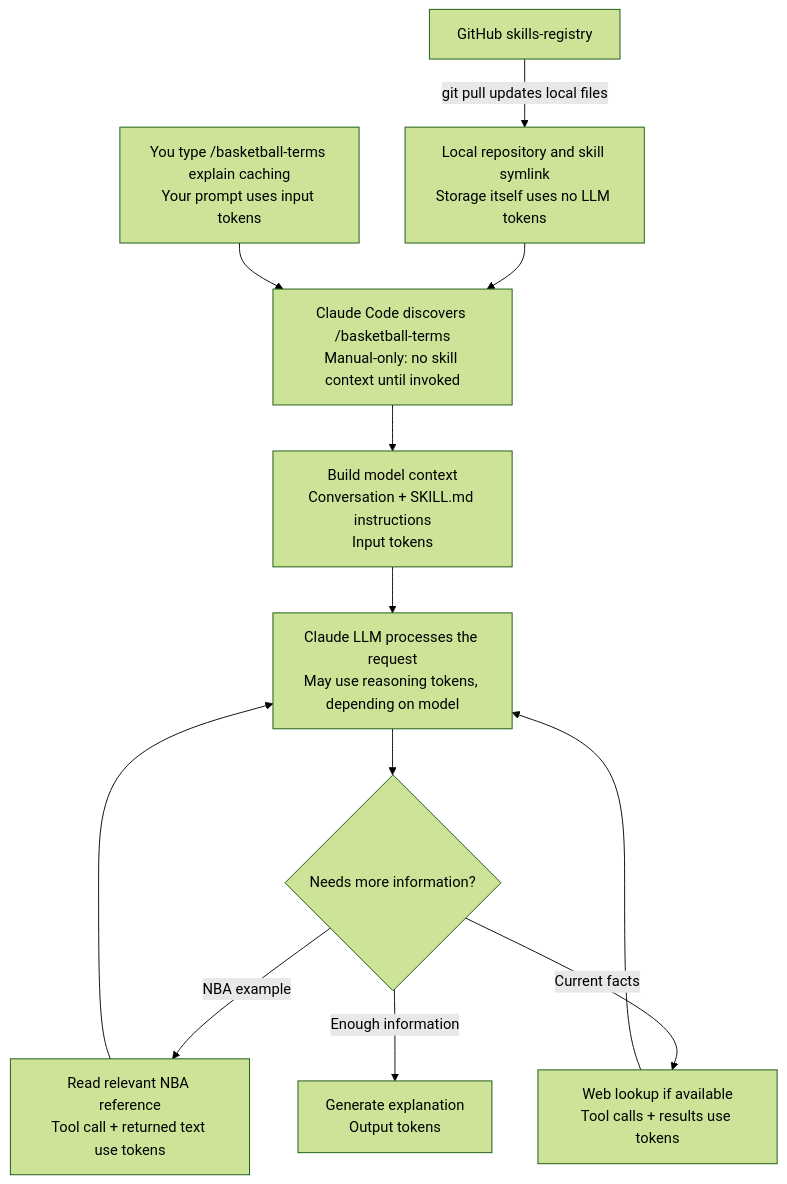
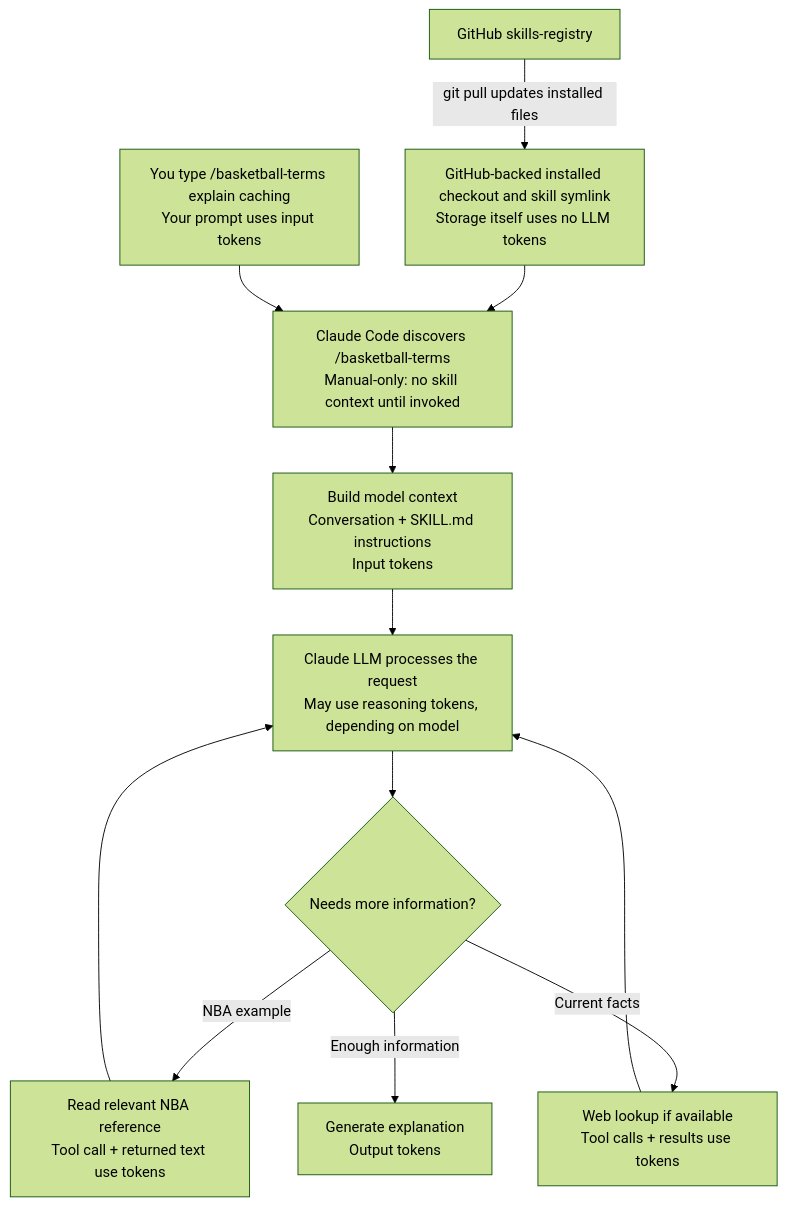
One commit to keagan-n/skills-registry changed the first of 2 diagrams in skills/basketball-terms/references/architecture-and-tokens.md. Above: the diagram before and after it, drawn with Mermaid (forest theme). The commit also changed other lines of this file and 1 other file, not shown here.

Commit message:
Document GitHub-backed skill installation independent of Documents

````diff
--- a/skills/basketball-terms/references/architecture-and-tokens.md
+++ b/skills/basketball-terms/references/architecture-and-tokens.md
@@ -20,23 +28,23 @@
 ```mermaid
 flowchart TD
-    G["GitHub skills-registry"] -->|"git pull updates local files"| R["Local repository and skill symlink
+    G["GitHub skills-registry"] -->|"git pull updates installed files"| R["GitHub-backed installed checkout and skill symlink
 Storage itself uses no LLM tokens"]
     R --> D["Claude Code discovers /basketball-terms
 Manual-only: no skill context until invoked"]
     U["You type /basketball-terms explain caching
 Your prompt uses input tokens"] --> D
     D --> C["Build model context
 Conversation + SKILL.md instructions
 Input tokens"]
     C --> L["Claude LLM processes the request
 May use reasoning tokens, depending on model"]
     L --> N{"Needs more information?"}
     N -->|"NBA example"| F["Read relevant NBA reference
 Tool call + returned text use tokens"]
     N -->|"Current facts"| W["Web lookup if available
 Tool calls + results use tokens"]
     F --> L
     W --> L
     N -->|"Enough information"| A["Generate explanation
 Output tokens"]
 ```
````
